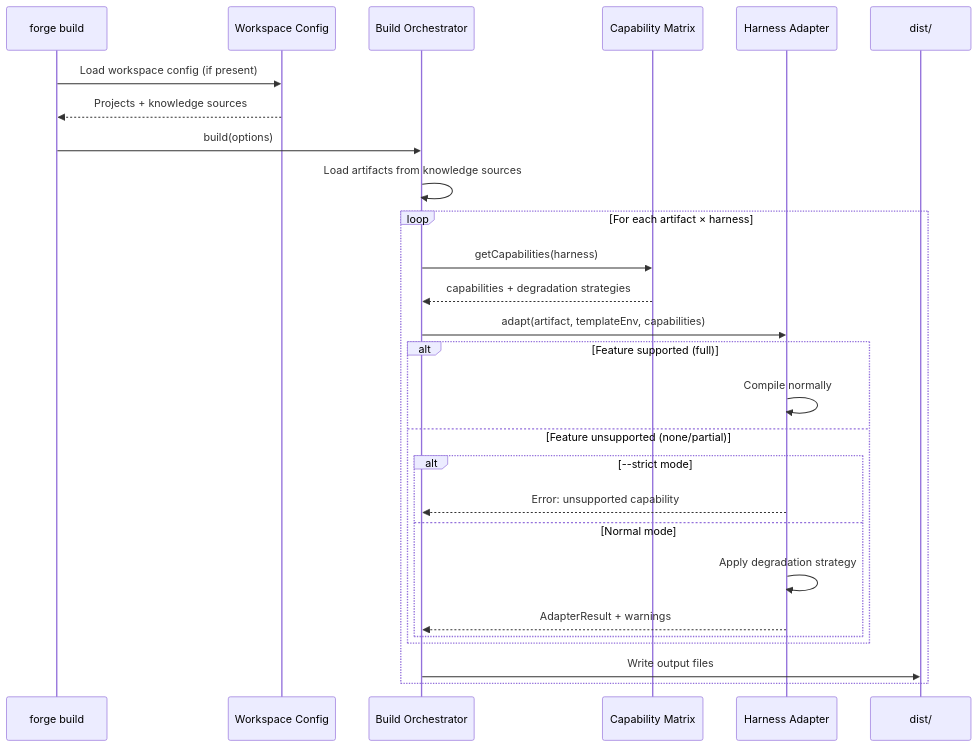
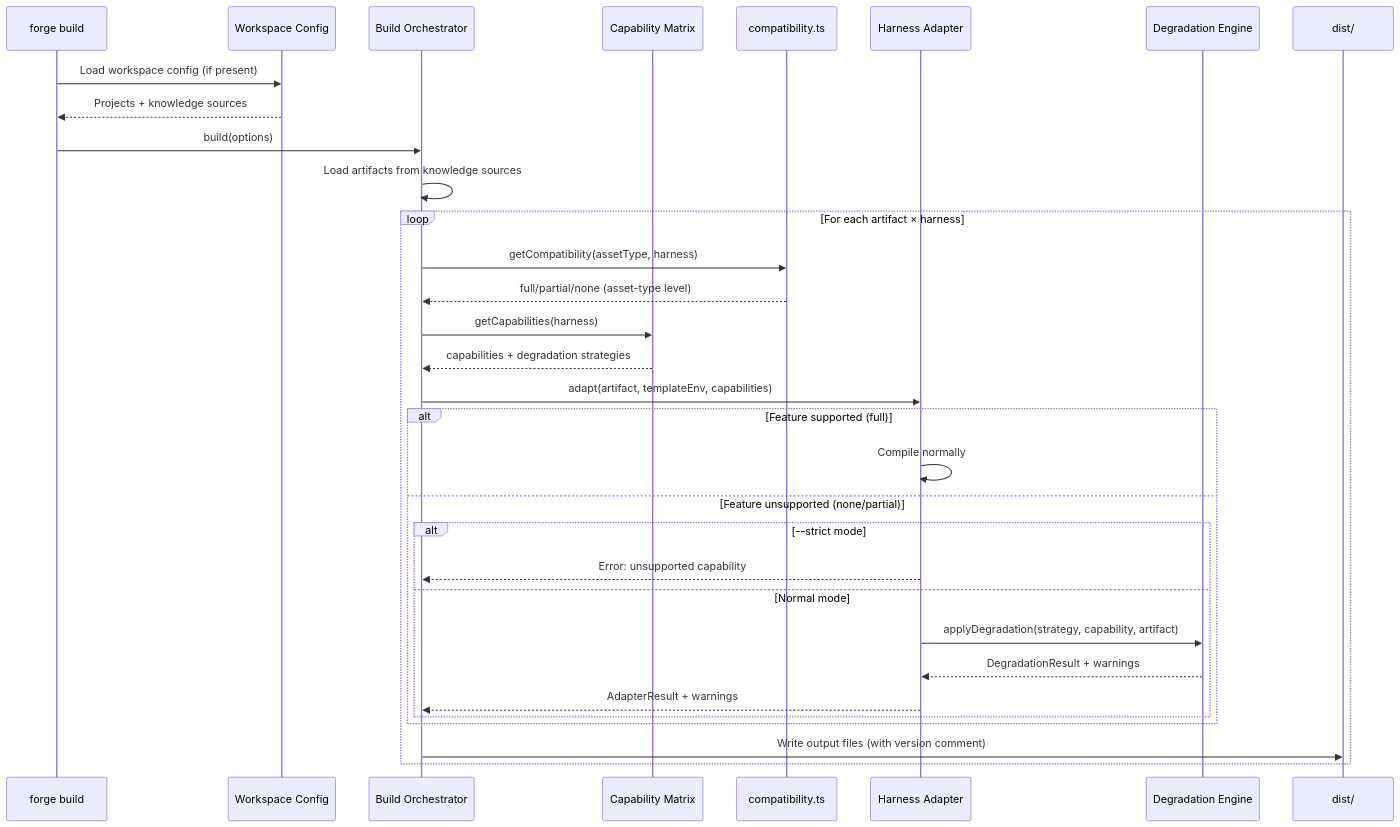
Before and after one commit to jhu-sheridan-libraries/agentic-skill-library: the second of 4 diagrams in .kiro/specs/skill-forge-10-star-features/design.md, drawn with Mermaid. The commit also changed other lines of this file and 2 other files, not shown here.

````diff
--- a/.kiro/specs/skill-forge-10-star-features/design.md
+++ b/.kiro/specs/skill-forge-10-star-features/design.md
@@ -99,33 +173,38 @@
 ```mermaid
 sequenceDiagram
     participant CLI as forge build
     participant WS as Workspace Config
     participant Build as Build Orchestrator
     participant Cap as Capability Matrix
+    participant Compat as compatibility.ts
     participant Adapter as Harness Adapter
+    participant Deg as Degradation Engine
     participant Dist as dist/
 
     CLI->>WS: Load workspace config (if present)
     WS-->>CLI: Projects + knowledge sources
     CLI->>Build: build(options)
     Build->>Build: Load artifacts from knowledge sources
 
     loop For each artifact × harness
+        Build->>Compat: getCompatibility(assetType, harness)
+        Compat-->>Build: full/partial/none (asset-type level)
         Build->>Cap: getCapabilities(harness)
         Cap-->>Build: capabilities + degradation strategies
         Build->>Adapter: adapt(artifact, templateEnv, capabilities)
 
         alt Feature supported (full)
             Adapter->>Adapter: Compile normally
         else Feature unsupported (none/partial)
             alt --strict mode
                 Adapter-->>Build: Error: unsupported capability
             else Normal mode
-                Adapter->>Adapter: Apply degradation strategy
+                Adapter->>Deg: applyDegradation(strategy, capability, artifact)
+                Deg-->>Adapter: DegradationResult + warnings
                 Adapter-->>Build: AdapterResult + warnings
             end
         end
 
-        Build->>Dist: Write output files
+        Build->>Dist: Write output files (with version comment)
     end
 ```
````
